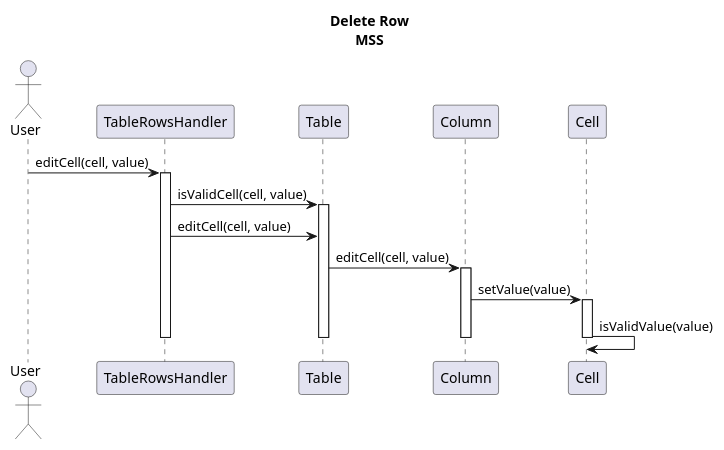
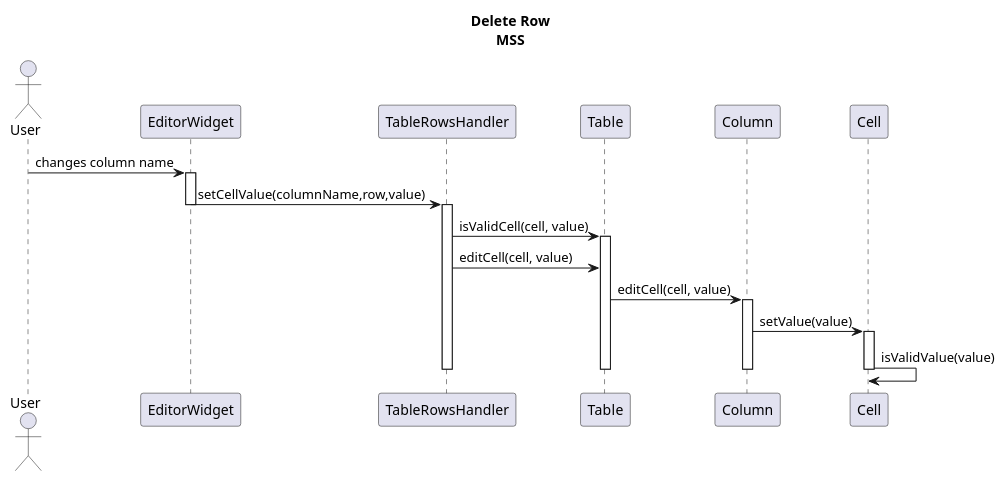
The diagram in diagrams/interactionDiagrams/editRowValue.puml (Bhamoss/softwareOntwerpProject), drawn with PlantUML before and after one commit. The commit also changed 12 other files, not shown here.

Commit message:
diagrams

```diff
--- a/diagrams/interactionDiagrams/editRowValue.puml
+++ b/diagrams/interactionDiagrams/editRowValue.puml
@@ -1,23 +1,25 @@
 @startuml
 title Delete Row\nMSS
 Actor User
 
-User -> TableRowsHandler: editCell(cell, value)
+User -> EditorWidget: changes column name
+activate EditorWidget
+EditorWidget -> TableRowsHandler: setCellValue(columnName,row,value)
+deactivate
 activate TableRowsHandler
-
 TableRowsHandler -> Table: isValidCell(cell, value)
 activate Table
 TableRowsHandler -> Table: editCell(cell, value)
 
 Table -> Column: editCell(cell, value)
 activate Column
 Column -> Cell: setValue(value)
 activate Cell
 Cell -> Cell: isValidValue(value)
 deactivate Cell
 deactivate Column
 
 deactivate Table
 
 deactivate TableRowsHandler
 @enduml
```
